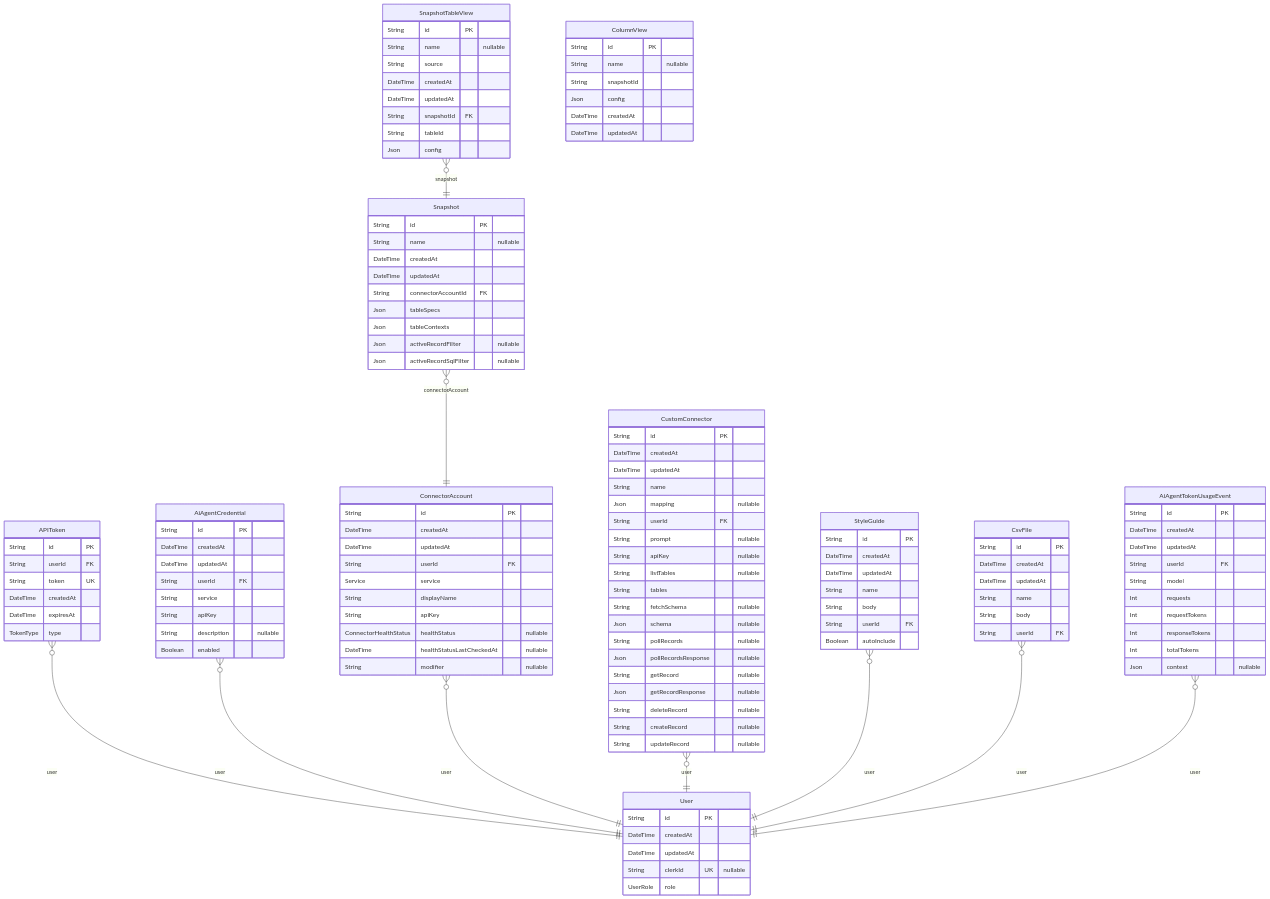
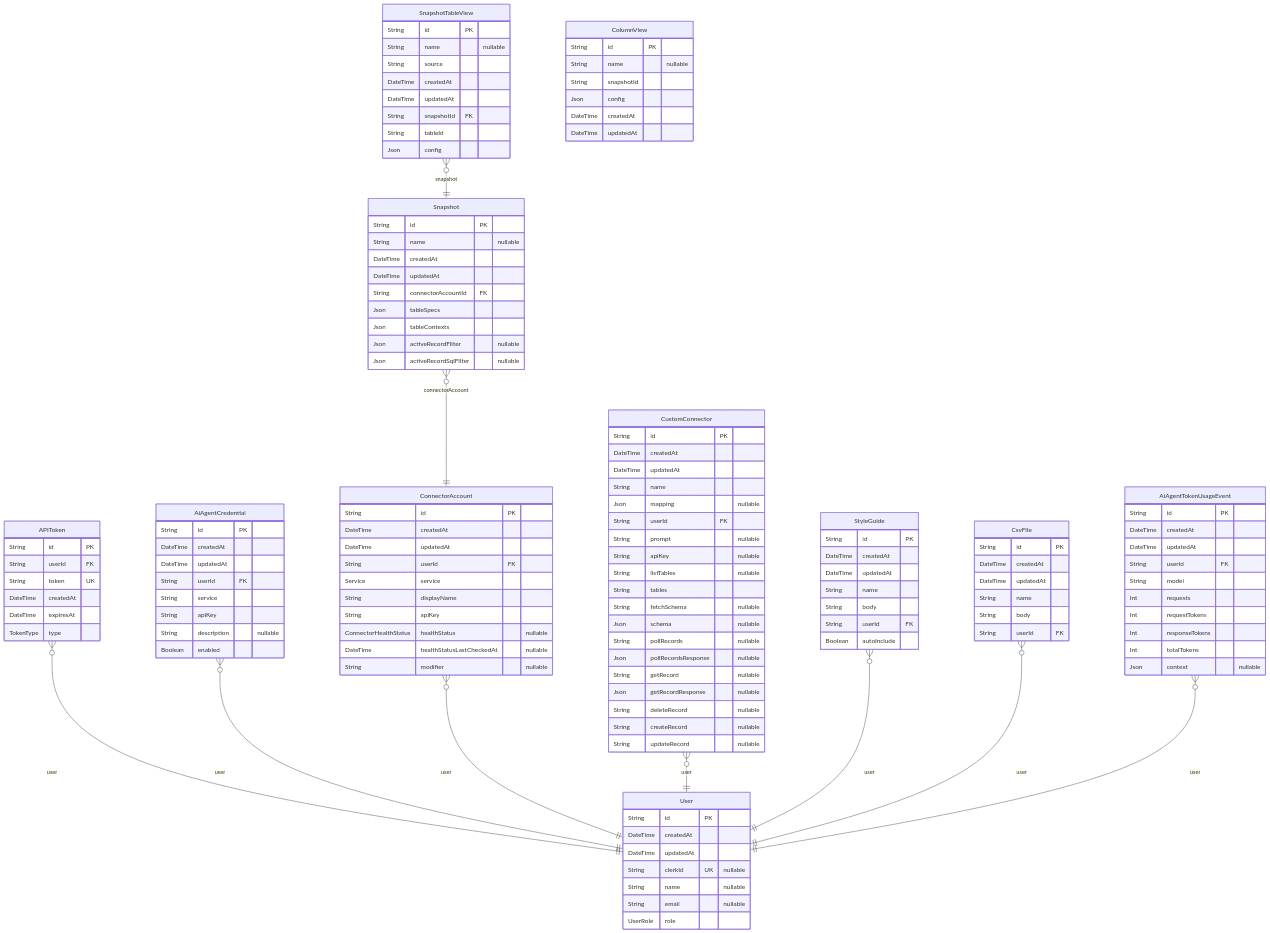
Before and after one commit to whalesync/scratch-cli: the diagram in server/prisma/ERD.md, drawn with Mermaid. The commit also changed other lines of this file and 5 other files, not shown here.

Commit message:
[server] store name and email in user table

```diff
--- a/server/prisma/ERD.md
+++ b/server/prisma/ERD.md
@@ -13,6 +13,8 @@
   DateTime createdAt
   DateTime updatedAt
   String clerkId UK "nullable"
+  String name "nullable"
+  String email "nullable"
   UserRole role
 }
 "APIToken" {
```
